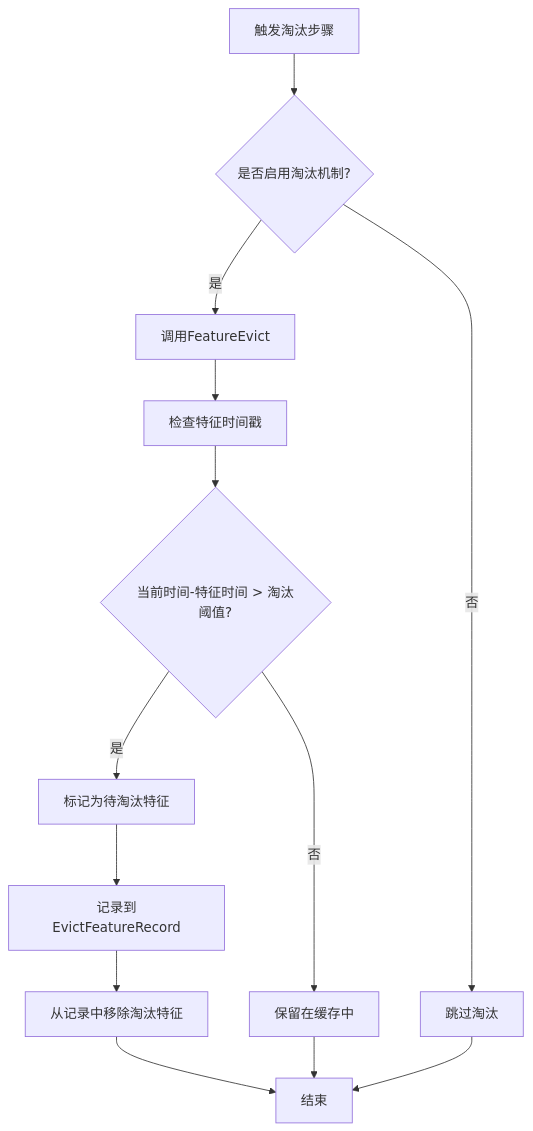
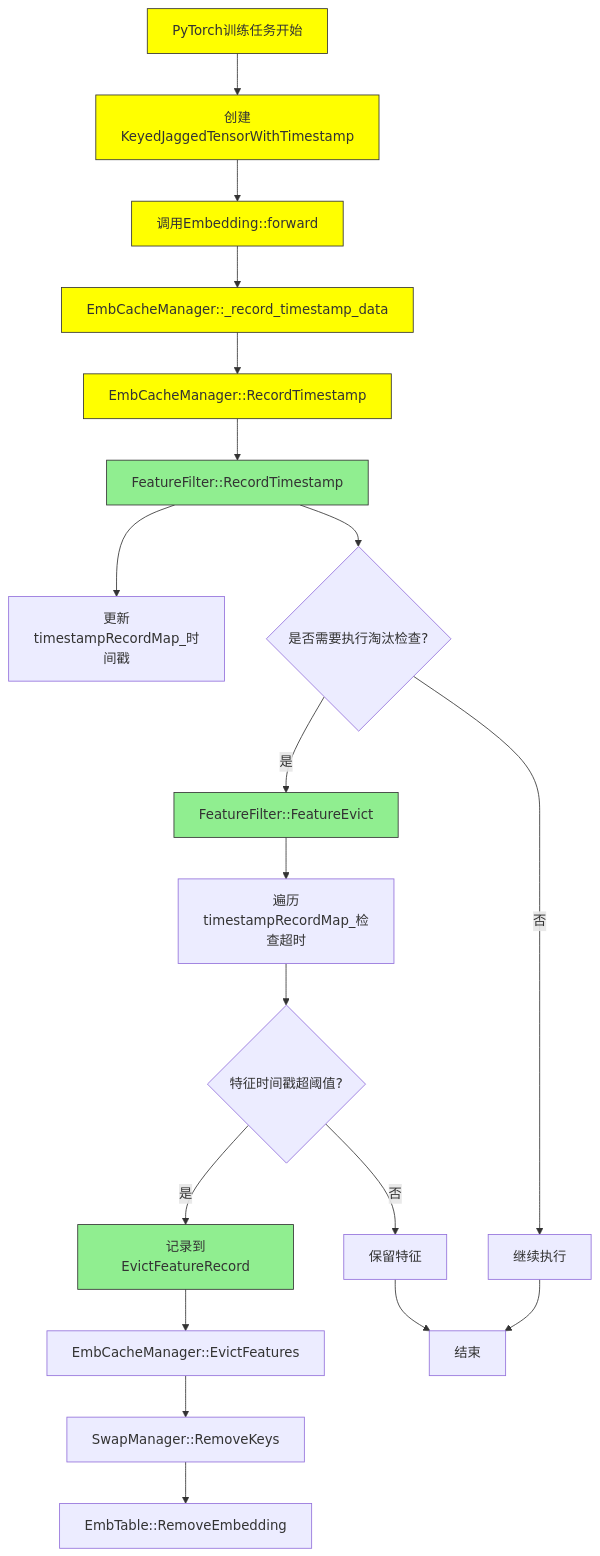
One commit to SimmerChan/RecSDK changed the fourth of 6 diagrams in feature_filter_complete_design.md. Above: the diagram before and after it, drawn with Mermaid. The commit also changed other lines of this file, not shown here.

`````diff
--- a/feature_filter_complete_design.md
+++ b/feature_filter_complete_design.md
@@ -230,15 +290,30 @@
 ```mermaid
 graph TD
-    A[触发淘汰步骤] --> B{是否启用淘汰机制?}
-    B -->|否| C[跳过淘汰]
-    B -->|是| D[调用FeatureEvict]
-    D --> E[检查特征时间戳]
-    E --> F{当前时间-特征时间 > 淘汰阈值?}
-    F -->|是| G[标记为待淘汰特征]
-    G --> H[记录到EvictFeatureRecord]
-    F -->|否| I[保留在缓存中]
-    H --> J[从记录中移除淘汰特征]
-    J --> K[结束]
-    I --> K
-    C --> K
-```
+    A[PyTorch训练任务开始] --> B[创建KeyedJaggedTensorWithTimestamp]
+    B --> C[调用Embedding::forward]
+    C --> D[EmbCacheManager::_record_timestamp_data]
+    D --> E[EmbCacheManager::RecordTimestamp]
+    E --> F[FeatureFilter::RecordTimestamp]
+    F --> G[更新timestampRecordMap_时间戳]
+    F --> H{是否需要执行淘汰检查?}
+    H -->|是| I[FeatureFilter::FeatureEvict]
+    H -->|否| J[继续执行]
+    I --> K[遍历timestampRecordMap_检查超时]
+    K --> L{特征时间戳超阈值?}
+    L -->|是| M[记录到EvictFeatureRecord]
+    L -->|否| N[保留特征]
+    M --> O[EmbCacheManager::EvictFeatures]
+    O --> P[SwapManager::RemoveKeys]
+    P --> Q[EmbTable::RemoveEmbedding]
+    N --> R[结束]
+    J --> R
+    
+    style A fill:#FFFF00,stroke:#333
+    style B fill:#FFFF00,stroke:#333
+    style C fill:#FFFF00,stroke:#333
+    style D fill:#FFFF00,stroke:#333
+    style E fill:#FFFF00,stroke:#333
+    style F fill:#90EE90,stroke:#333
+    style I fill:#90EE90,stroke:#333
+    style M fill:#90EE90,stroke:#333
+````
`````
